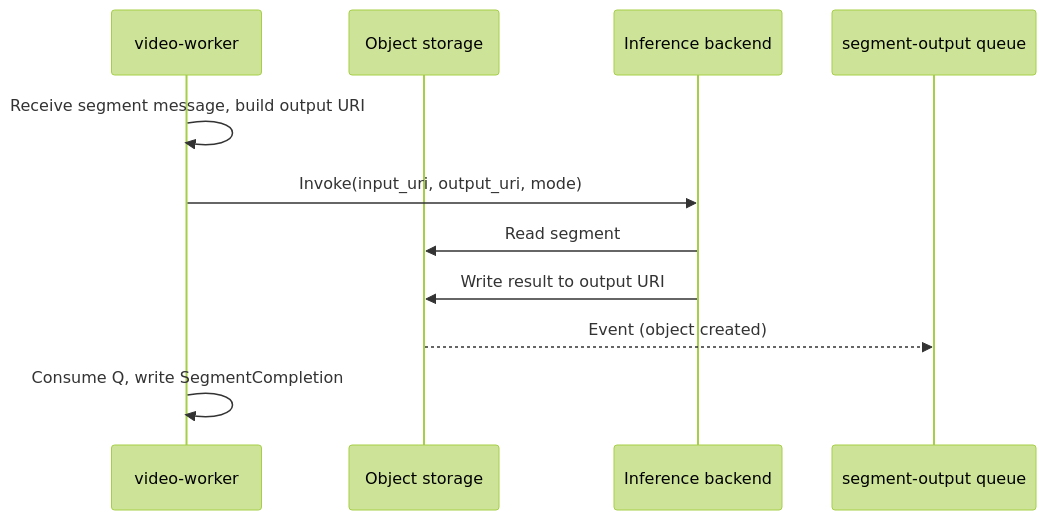
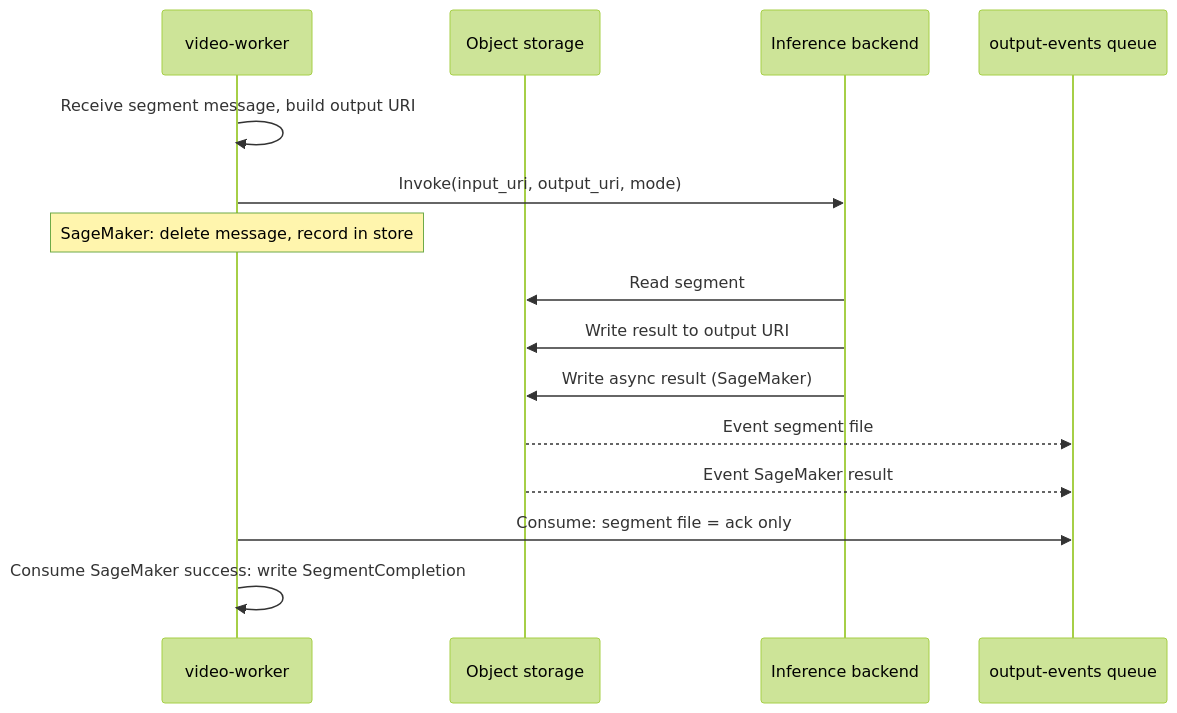
One commit to alexpialetski/stereo-spot changed the diagram in packages/stereo-spot-docs/docs/architecture/inference.md. Above: the diagram before and after it, drawn with Mermaid (forest theme). The commit also changed other lines of this file and 34 other files, not shown here.

First line of the commit message:
feat: output-events queue and event-driven SageMaker completion

````diff
--- a/packages/stereo-spot-docs/docs/architecture/inference.md
+++ b/packages/stereo-spot-docs/docs/architecture/inference.md
@@ -21,14 +21,18 @@
 ```mermaid
 sequenceDiagram
   participant VW as video-worker
   participant Storage as Object storage
   participant Backend as Inference backend
-  participant Q as segment-output queue
+  participant OEQ as output-events queue
 
   VW->>VW: Receive segment message, build output URI
   VW->>Backend: Invoke(input_uri, output_uri, mode)
+  Note over VW: SageMaker: delete message, record in store
   Backend->>Storage: Read segment
   Backend->>Storage: Write result to output URI
-  Storage-->>Q: Event (object created)
-  VW->>VW: Consume Q, write SegmentCompletion
+  Backend->>Storage: Write async result (SageMaker)
+  Storage-->>OEQ: Event segment file
+  Storage-->>OEQ: Event SageMaker result
+  VW->>OEQ: Consume: segment file = ack only
+  VW->>VW: Consume SageMaker success: write SegmentCompletion
 ```
````
